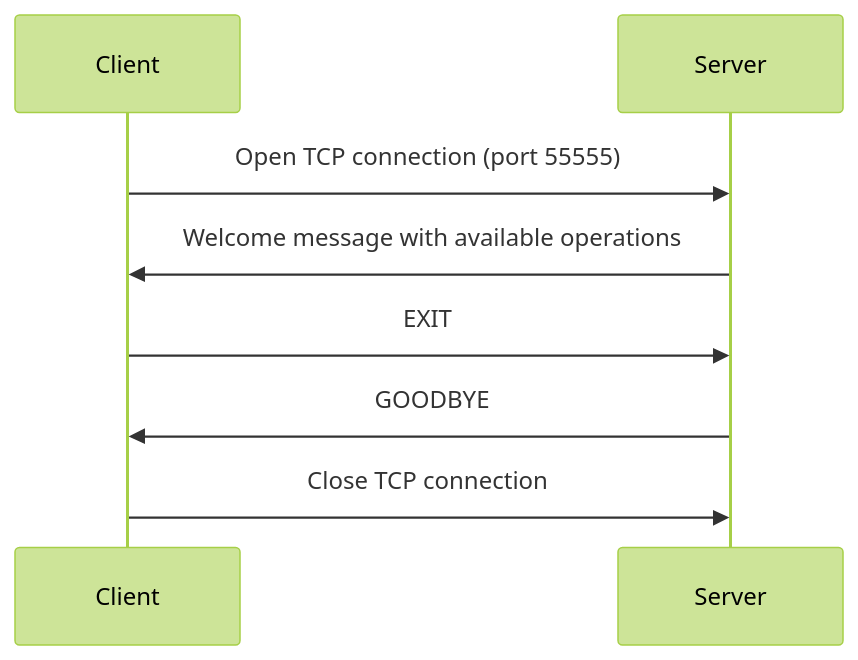
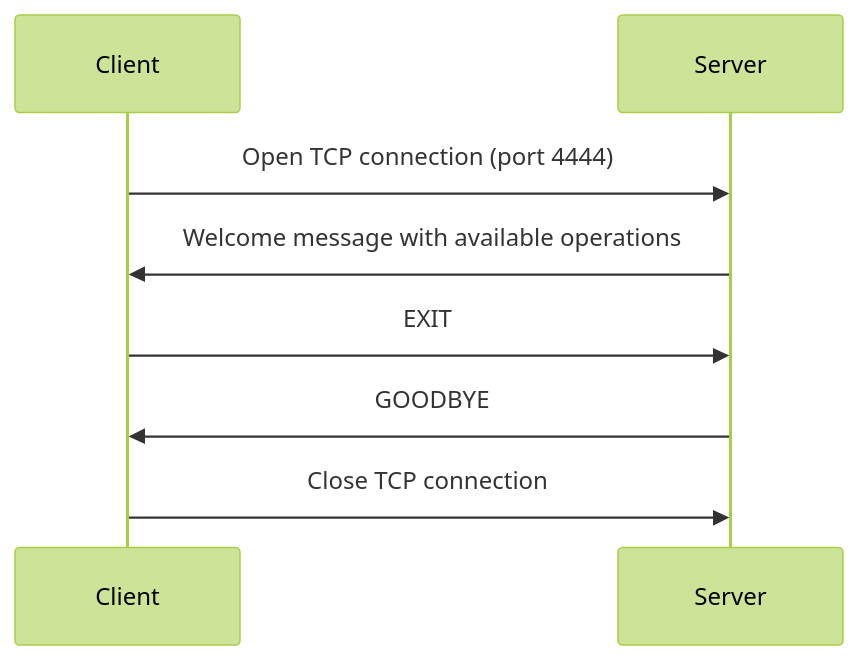
One commit to ryadbouzourene/dai-lab-protocoldesign-bouzourene-christen changed the fourth of 5 diagrams in specs/ryadbouzourene_Anthony-Christen/protocol.md. Above: the diagram before and after it, drawn with Mermaid (forest theme). The commit also changed other lines of this file, not shown here.

````diff
--- a/specs/ryadbouzourene_Anthony-Christen/protocol.md
+++ b/specs/ryadbouzourene_Anthony-Christen/protocol.md
@@ -131,11 +131,11 @@
 ```mermaid
 sequenceDiagram
   participant Client
   participant Server
 
-  Client->>Server: Open TCP connection (port 55555)
+  Client->>Server: Open TCP connection (port 4444)
   Server->>Client: Welcome message with available operations
   Client->>Server: EXIT
   Server->>Client: GOODBYE
   Client->>Server: Close TCP connection
 ```
````
